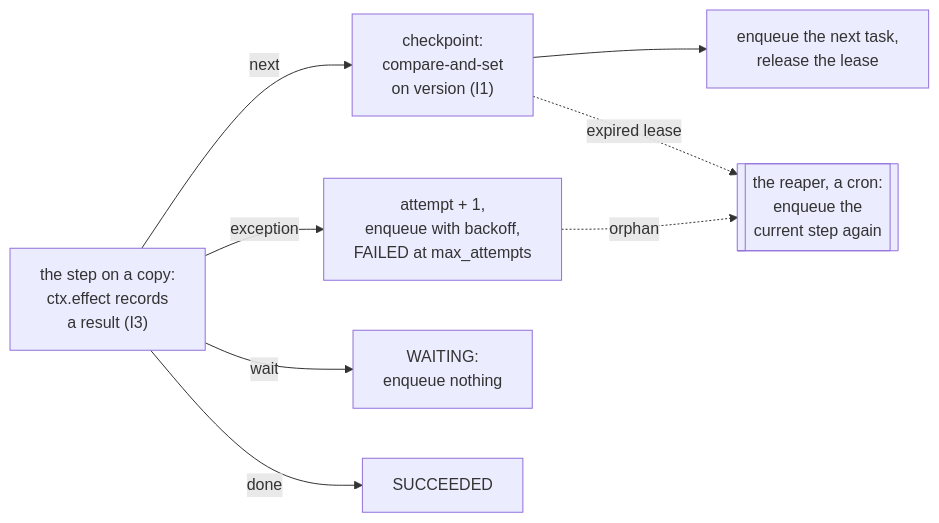
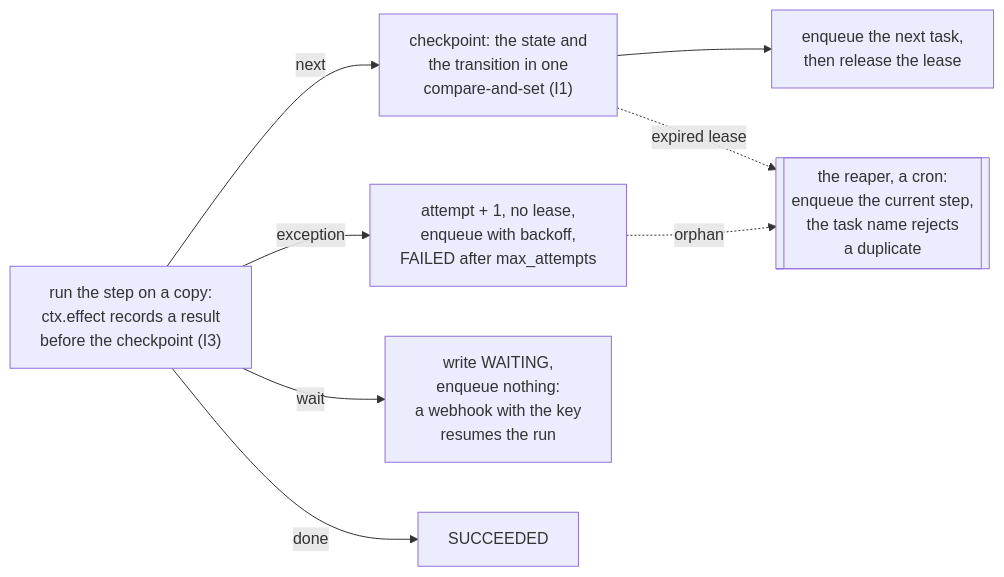
The second of 2 diagrams in 07-application-agent-framework/long-running-durable/lra-core/PRIMER.md (aniryou/full-stack-agentic-engineer), drawn with Mermaid before and after one commit. The commit also changed other lines of this file and 142 other files, not shown here.

````diff
--- a/07-application-agent-framework/long-running-durable/lra-core/PRIMER.md
+++ b/07-application-agent-framework/long-running-durable/lra-core/PRIMER.md
@@ -28,12 +28,12 @@
 ```mermaid
 flowchart LR
-  ST["the step on a copy:<br/>ctx.effect records<br/>a result (I3)"]
-  ST -- next --> C["checkpoint:<br/>compare-and-set<br/>on version (I1)"]
-  ST -- exception --> R["attempt + 1,<br/>enqueue with backoff,<br/>FAILED at max_attempts"]
-  ST -- wait --> W["WAITING:<br/>enqueue nothing"]
+  ST["run the step on a copy:<br/>ctx.effect records a result<br/>before the checkpoint (I3)"]
+  ST -- next --> C["checkpoint: the state and<br/>the transition in one<br/>compare-and-set (I1)"]
+  ST -- exception --> R["attempt + 1, no lease,<br/>enqueue with backoff,<br/>FAILED after max_attempts"]
+  ST -- wait --> W["write WAITING,<br/>enqueue nothing:<br/>a webhook with the key<br/>resumes the run"]
   ST -- done --> D["SUCCEEDED"]
-  C --> E["enqueue the next task,<br/>release the lease"]
+  C --> E["enqueue the next task,<br/>then release the lease"]
   C -. expired lease .-> RP
   R -. orphan .-> RP
-  RP[["the reaper, a cron:<br/>enqueue the<br/>current step again"]]
+  RP[["the reaper, a cron:<br/>enqueue the current step,<br/>the task name rejects<br/>a duplicate"]]
 ```
````
